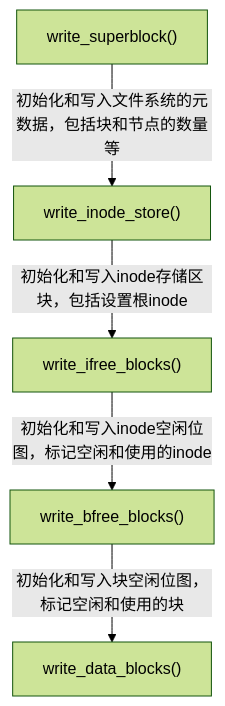
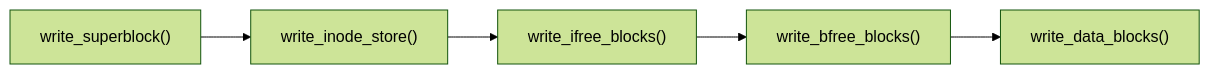
Before and after one commit to dekrt/revoFS: the second of 4 diagrams in README.md, drawn with Mermaid (forest theme). The commit also changed other lines of this file and 11 other files, not shown here.

````diff
--- a/README.md
+++ b/README.md
@@ -175,8 +152,8 @@
 ```mermaid
-graph TB
+graph LR
 	WS["write_superblock()"]
-  WS -- "初始化和写入文件系统的元数据，包括块和节点的数量等" --> WIS["write_inode_store()"]
-  WIS -- "初始化和写入inode存储区块，包括设置根inode" --> WIFB["write_ifree_blocks()"]
-  WIFB -- "初始化和写入inode空闲位图，标记空闲和使用的inode" --> WBFB["write_bfree_blocks()"]
-  WBFB -- "初始化和写入块空闲位图，标记空闲和使用的块" --> WDB["write_data_blocks()"]
+  WS --> WIS["write_inode_store()"]
+  WIS --> WIFB["write_ifree_blocks()"]
+  WIFB --> WBFB["write_bfree_blocks()"]
+  WBFB--> WDB["write_data_blocks()"]
 ```
````
